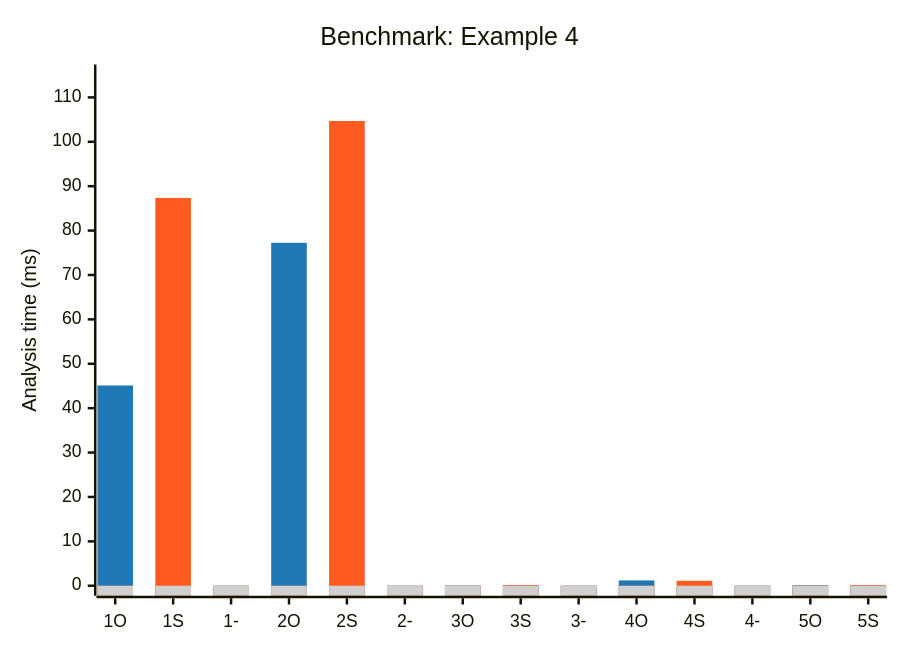
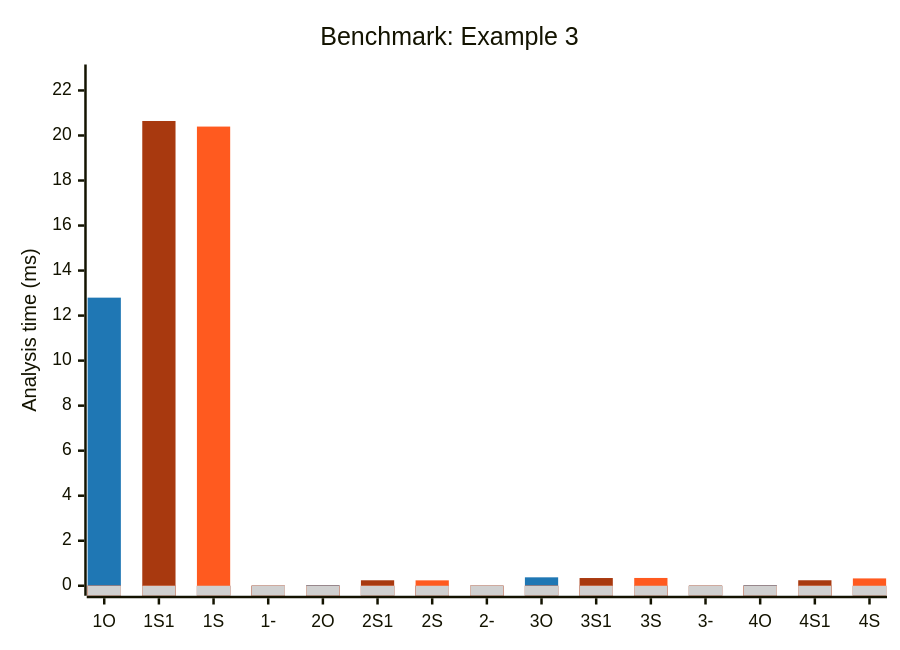
The sixth of 9 diagrams in docs/benchmark-opensees-examples.md (NathanaelRea/Strut), drawn with Mermaid before and after one commit. The commit also changed other lines of this file and 66 other files, not shown here.

````diff
--- a/docs/benchmark-opensees-examples.md
+++ b/docs/benchmark-opensees-examples.md
@@ -80,15 +148,16 @@
 ```mermaid
 ---
 config:
   themeVariables:
     xyChart:
-      plotColorPalette: '#1f77b4, #FF5A1F, #d0d0d0'
+      plotColorPalette: '#1f77b4, #a8390f, #FF5A1F, #d0d0d0'
 ---
 xychart-beta
-    title "Benchmark: Example 4"
-    x-axis ["1O", "1S", "1-", "2O", "2S", "2-", "3O", "3S", "3-", "4O", "4S", "4-", "5O", "5S"]
-    y-axis "Analysis time (ms)" 0 --> 115.158
-    bar "OS" [45.111, 0.0, 0.0, 77.250, 0.0, 0.0, 0.045, 0.0, 0.0, 1.200, 0.0, 0.0, 0.115, 0.0]
-    bar "STR" [0.0, 87.358, 0.0, 0.0, 104.689, 0.0, 0.0, 0.153, 0.0, 0.0, 1.113, 0.0, 0.0, 0.159]
-    bar "mask" [0.0, 0.0, 0.0, 0.0, 0.0, 0.0, 0.0, 0.0, 0.0, 0.0, 0.0, 0.0, 0.0, 0.0]
+    title "Benchmark: Example 3"
+    x-axis ["1O", "1S1", "1S", "1-", "2O", "2S1", "2S", "2-", "3O", "3S1", "3S", "3-", "4O", "4S1", "4S"]
+    y-axis "Analysis time (ms)" 0 --> 22.709
+    bar "OS" [12.797, 0.0, 0.0, 0.0, 0.026, 0.0, 0.0, 0.0, 0.374, 0.0, 0.0, 0.0, 0.026, 0.0, 0.0]
+    bar "STR1" [0.0, 20.644, 0.0, 0.0, 0.0, 0.243, 0.0, 0.0, 0.0, 0.343, 0.0, 0.0, 0.0, 0.244, 0.0]
+    bar "STR" [0.0, 0.0, 20.396, 0.0, 0.0, 0.0, 0.240, 0.0, 0.0, 0.0, 0.346, 0.0, 0.0, 0.0, 0.326]
+    bar "mask" [0.0, 0.0, 0.0, 0.0, 0.0, 0.0, 0.0, 0.0, 0.0, 0.0, 0.0, 0.0, 0.0, 0.0, 0.0]
 ```
````
